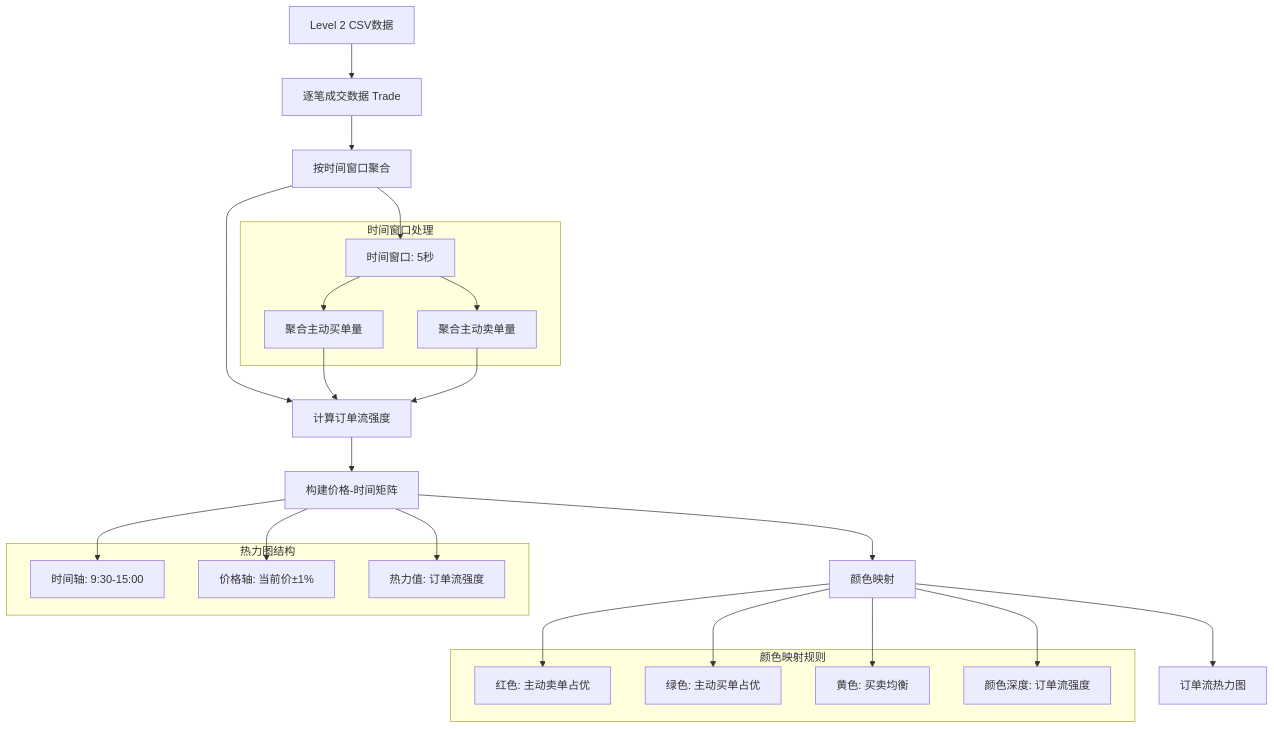
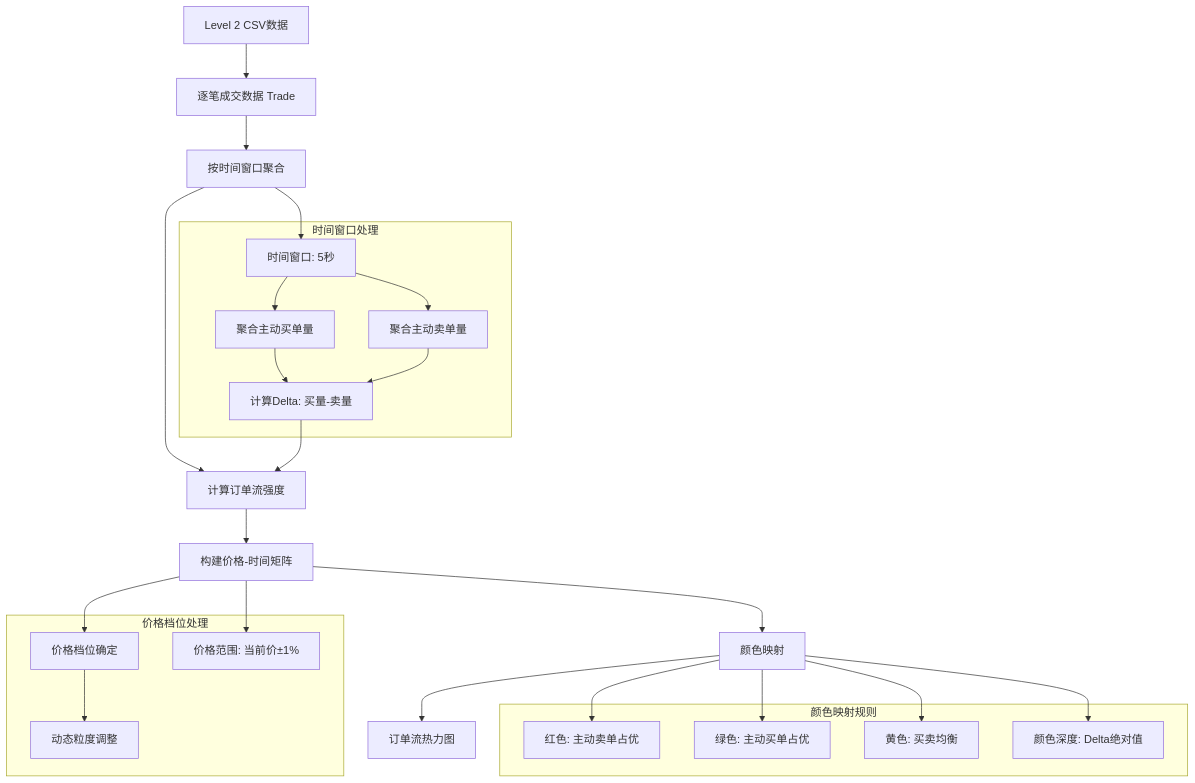
Before and after one commit to jimiechen/event-crawler: the first of 3 diagrams in order_flow_implementation.md, drawn with Mermaid. The commit also changed other lines of this file, not shown here.

````diff
--- a/order_flow_implementation.md
+++ b/order_flow_implementation.md
@@ -66,43 +76,45 @@
 ```mermaid
 graph TD
     A[Level 2 CSV数据] --> B[逐笔成交数据 Trade]
     B --> C[按时间窗口聚合]
     C --> D[计算订单流强度]
     D --> E[构建价格-时间矩阵]
     E --> F[颜色映射]
     F --> G[订单流热力图]
     
     subgraph 时间窗口处理
         C1[时间窗口: 5秒]
         C2[聚合主动买单量]
         C3[聚合主动卖单量]
+        C4[计算Delta: 买量-卖量]
     end
     
     C --> C1
     C1 --> C2
     C1 --> C3
-    C2 --> D
-    C3 --> D
+    C2 --> C4
+    C3 --> C4
+    C4 --> D
     
-    subgraph 热力图结构
-        E1[时间轴: 9:30-15:00]
-        E2[价格轴: 当前价±1%]
-        E3[热力值: 订单流强度]
+    subgraph 价格档位处理
+        E1[价格档位确定]
+        E2[动态粒度调整]
+        E3[价格范围: 当前价±1%]
     end
     
     E --> E1
-    E --> E2
+    E1 --> E2
     E --> E3
     
     subgraph 颜色映射规则
         F1[红色: 主动卖单占优]
         F2[绿色: 主动买单占优]
         F3[黄色: 买卖均衡]
-        F4[颜色深度: 订单流强度]
+        F4[颜色深度: Delta绝对值]
     end
     
     F --> F1
     F --> F2
     F --> F3
     F --> F4
 ```
````
